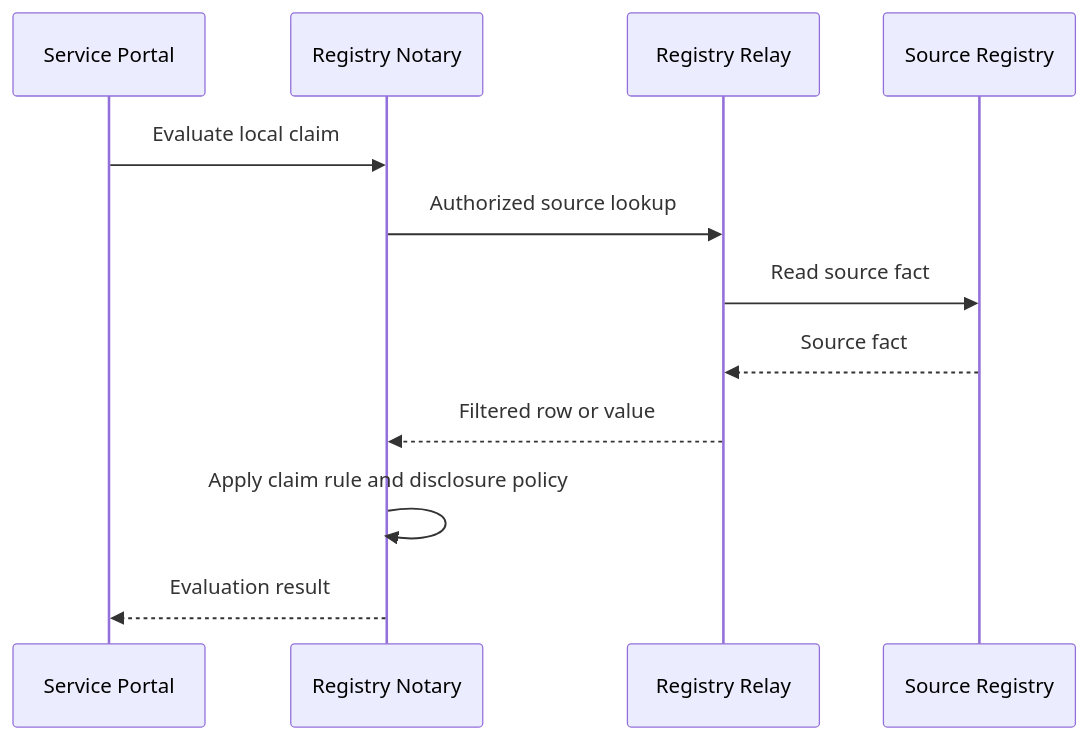
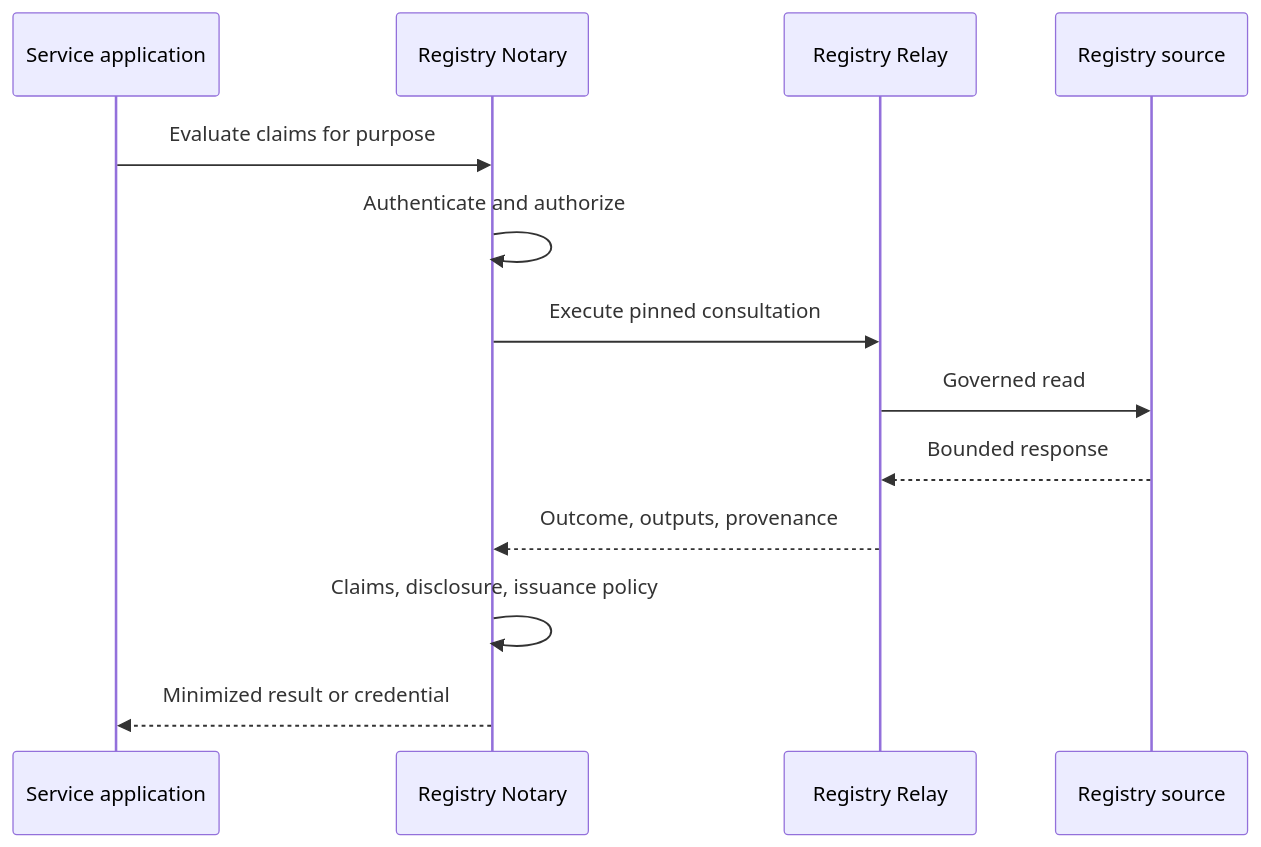
One commit to registrystack/registry-stack changed the first of 3 diagrams in products/notary/docs/notary-scenario-patterns.md. Above: the diagram before and after it, drawn with Mermaid. The commit also changed other lines of this file and 73 other files, not shown here.

Commit message:
refactor(notary): retire direct-source product surfaces

````diff
--- a/products/notary/docs/notary-scenario-patterns.md
+++ b/products/notary/docs/notary-scenario-patterns.md
@@ -13,15 +5,16 @@
 ```mermaid
 sequenceDiagram
-  participant Portal as Service Portal
+  participant App as Service application
   participant Notary as Registry Notary
   participant Relay as Registry Relay
-  participant Source as Source Registry
+  participant Source as Registry source
 
-  Portal->>Notary: Evaluate local claim
-  Notary->>Relay: Authorized source lookup
-  Relay->>Source: Read source fact
-  Source-->>Relay: Source fact
-  Relay-->>Notary: Filtered row or value
-  Notary->>Notary: Apply claim rule and disclosure policy
-  Notary-->>Portal: Evaluation result
+  App->>Notary: Evaluate claims for purpose
+  Notary->>Notary: Authenticate and authorize
+  Notary->>Relay: Execute pinned consultation
+  Relay->>Source: Governed read
+  Source-->>Relay: Bounded response
+  Relay-->>Notary: Outcome, outputs, provenance
+  Notary->>Notary: Claims, disclosure, issuance policy
+  Notary-->>App: Minimized result or credential
 ```
````
